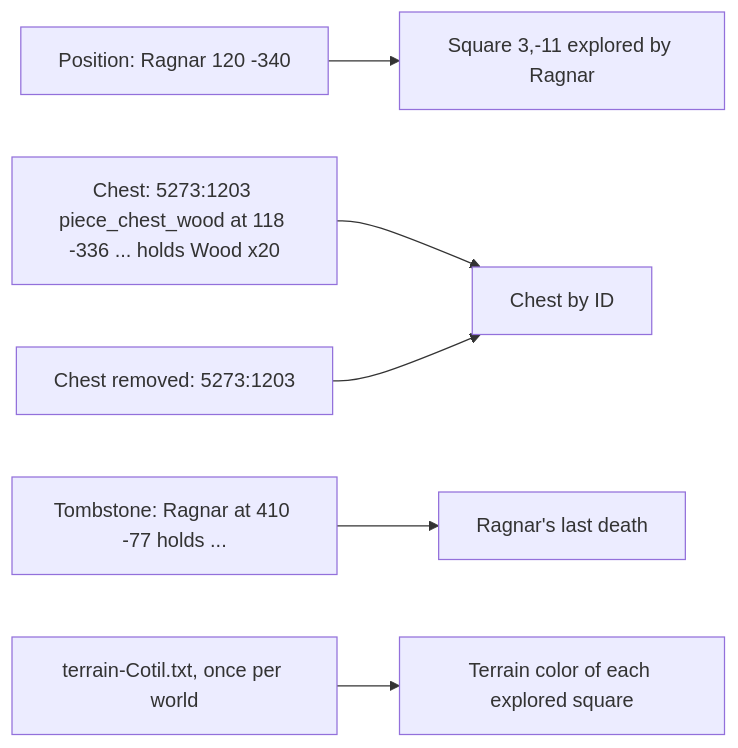
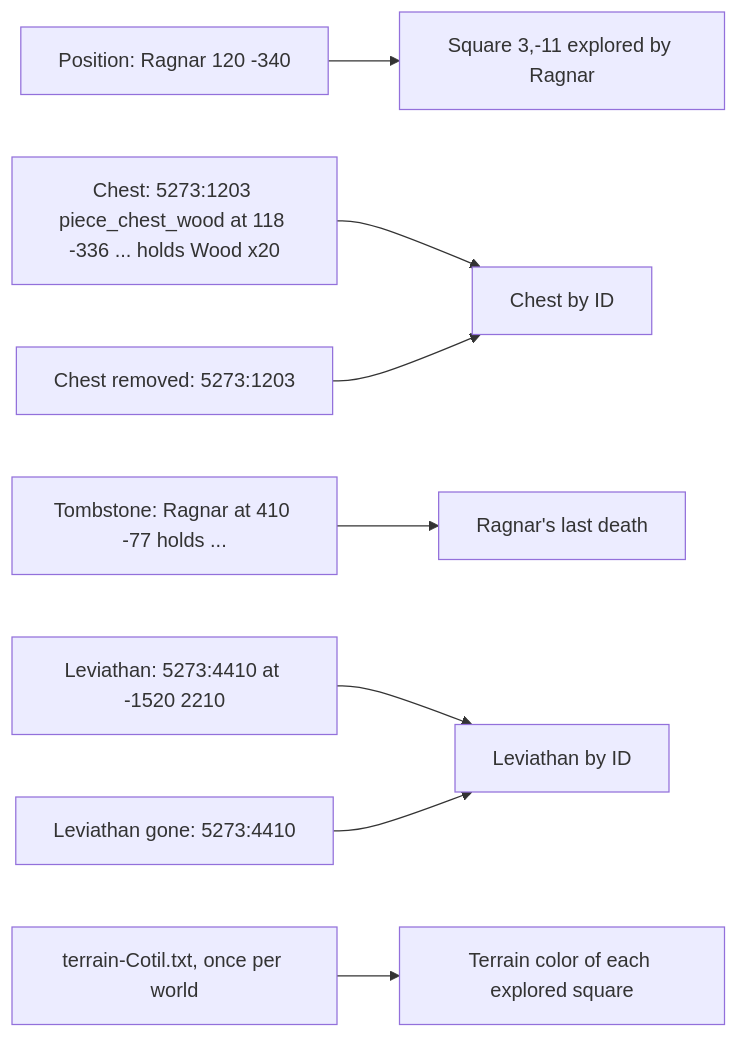
Diagram 16 of 19 in docs/architecture.md (cristiadu/valheim-dashboard), drawn with Mermaid before and after one commit. The commit also changed other lines of this file and 14 other files, not shown here.

````diff
--- a/docs/architecture.md
+++ b/docs/architecture.md
@@ -343,8 +343,10 @@
 ```mermaid
 flowchart LR
   pos["Position: Ragnar 120 -340"] --> square["Square 3,-11 explored by Ragnar"]
   chest["Chest: 5273:1203 piece_chest_wood at 118 -336 ... holds Wood x20"] --> chests[Chest by ID]
   removed["Chest removed: 5273:1203"] --> chests
   tomb["Tombstone: Ragnar at 410 -77 holds ..."] --> death[Ragnar's last death]
+  levi["Leviathan: 5273:4410 at -1520 2210"] --> leviathans[Leviathan by ID]
+  gone["Leviathan gone: 5273:4410"] --> leviathans
   terrain["terrain-Cotil.txt, once per world"] --> land[Terrain color of each explored square]
 ```
````
